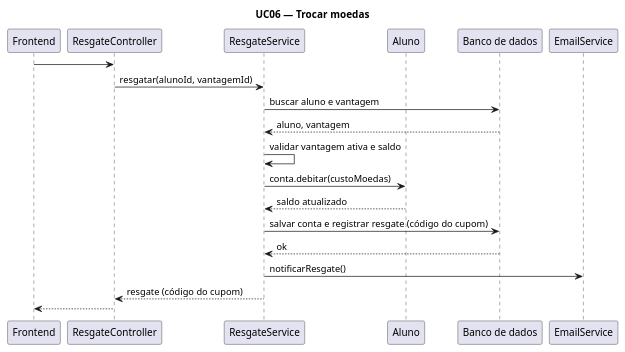
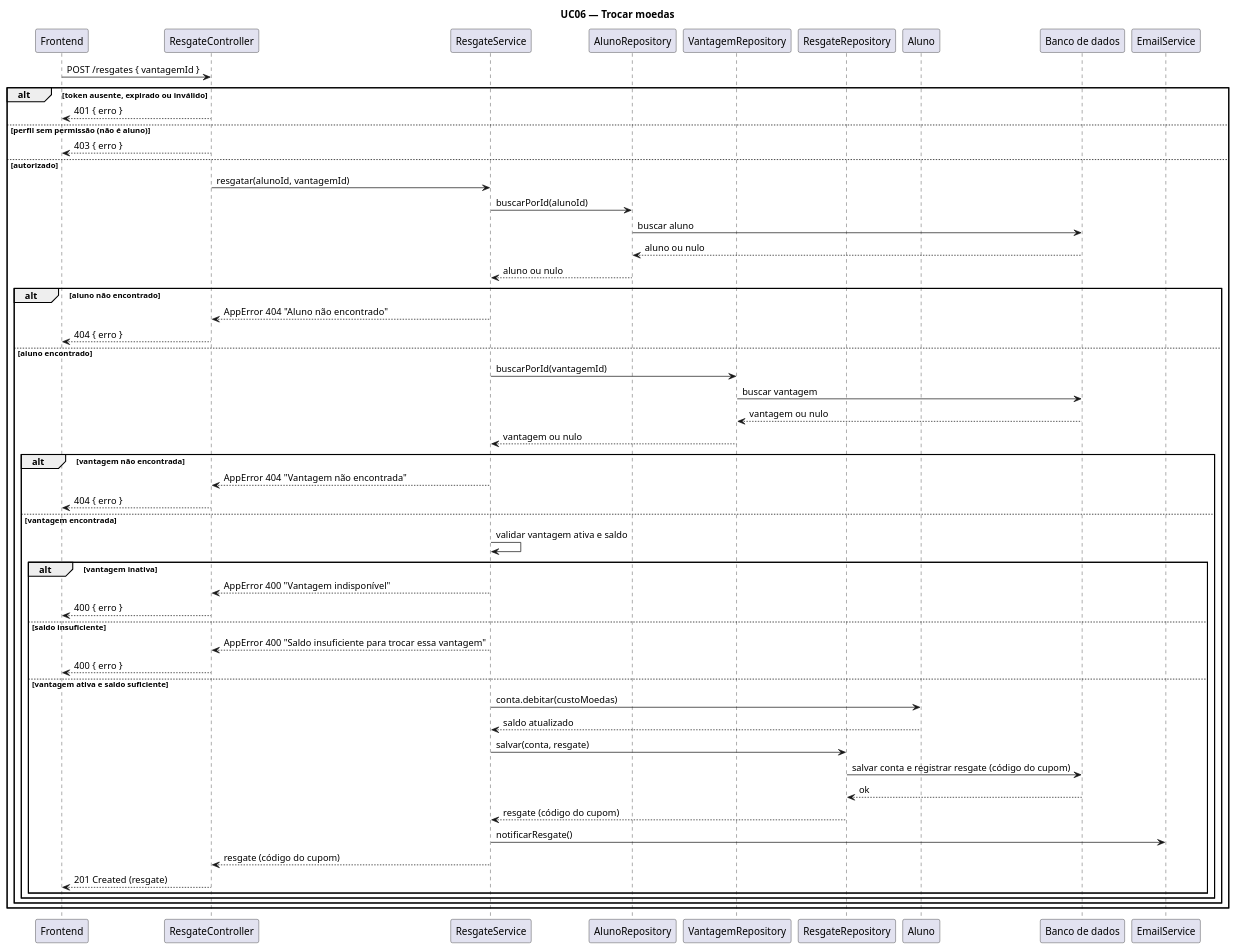
The diagram in docs/diagramas/sequencia/uc06-trocar-moedas.puml (brunokilo/lab03-projetoSoftware), drawn with PlantUML before and after one commit. The commit also changed 3 other files, not shown here.

Commit message:
docs: correcao diagramas 06 e 12

```diff
--- a/docs/diagramas/sequencia/uc06-trocar-moedas.puml
+++ b/docs/diagramas/sequencia/uc06-trocar-moedas.puml
@@ -1,23 +1,59 @@
 @startuml sequencia_trocar_moedas
 title UC06 — Trocar moedas
 
 participant Frontend
 participant ResgateController
 participant ResgateService
+participant AlunoRepository
+participant VantagemRepository
+participant ResgateRepository
 participant "Aluno" as AlunoClasse
 participant "Banco de dados" as BD
 participant EmailService
 
-Frontend -> ResgateController : 
-ResgateController -> ResgateService : resgatar(alunoId, vantagemId)
-ResgateService -> BD : buscar aluno e vantagem
-BD --> ResgateService : aluno, vantagem
-ResgateService -> ResgateService : validar vantagem ativa e saldo
-ResgateService -> AlunoClasse : conta.debitar(custoMoedas)
-AlunoClasse --> ResgateService : saldo atualizado
-ResgateService -> BD : salvar conta e registrar resgate (código do cupom)
-BD --> ResgateService : ok
-ResgateService -> EmailService : notificarResgate()
-ResgateService --> ResgateController : resgate (código do cupom)
-ResgateController --> Frontend : 
+Frontend -> ResgateController : POST /resgates { vantagemId }
+alt token ausente, expirado ou inválido
+  ResgateController --> Frontend : 401 { erro }
+else perfil sem permissão (não é aluno)
+  ResgateController --> Frontend : 403 { erro }
+else autorizado
+  ResgateController -> ResgateService : resgatar(alunoId, vantagemId)
+
+  ResgateService -> AlunoRepository : buscarPorId(alunoId)
+  AlunoRepository -> BD : buscar aluno
+  BD --> AlunoRepository : aluno ou nulo
+  AlunoRepository --> ResgateService : aluno ou nulo
+  alt aluno não encontrado
+    ResgateService --> ResgateController : AppError 404 "Aluno não encontrado"
+    ResgateController --> Frontend : 404 { erro }
+  else aluno encontrado
+    ResgateService -> VantagemRepository : buscarPorId(vantagemId)
+    VantagemRepository -> BD : buscar vantagem
+    BD --> VantagemRepository : vantagem ou nulo
+    VantagemRepository --> ResgateService : vantagem ou nulo
+    alt vantagem não encontrada
+      ResgateService --> ResgateController : AppError 404 "Vantagem não encontrada"
+      ResgateController --> Frontend : 404 { erro }
+    else vantagem encontrada
+      ResgateService -> ResgateService : validar vantagem ativa e saldo
+      alt vantagem inativa
+        ResgateService --> ResgateController : AppError 400 "Vantagem indisponível"
+        ResgateController --> Frontend : 400 { erro }
+      else saldo insuficiente
+        ResgateService --> ResgateController : AppError 400 "Saldo insuficiente para trocar essa vantagem"
+        ResgateController --> Frontend : 400 { erro }
+      else vantagem ativa e saldo suficiente
+        ResgateService -> AlunoClasse : conta.debitar(custoMoedas)
+        AlunoClasse --> ResgateService : saldo atualizado
+        ResgateService -> ResgateRepository : salvar(conta, resgate)
+        ResgateRepository -> BD : salvar conta e registrar resgate (código do cupom)
+        BD --> ResgateRepository : ok
+        ResgateRepository --> ResgateService : resgate (código do cupom)
+        ResgateService -> EmailService : notificarResgate()
+        ResgateService --> ResgateController : resgate (código do cupom)
+        ResgateController --> Frontend : 201 Created (resgate)
+      end
+    end
+  end
+end
 @enduml
```
